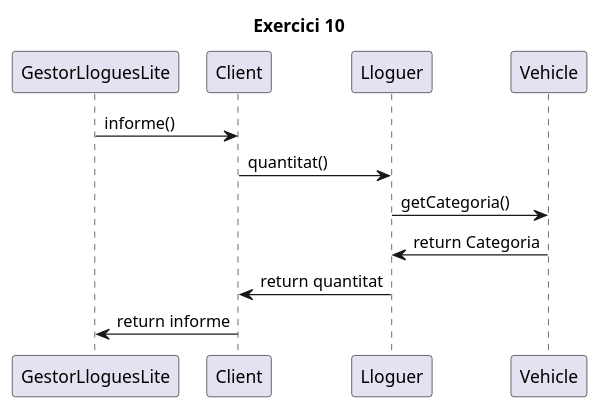
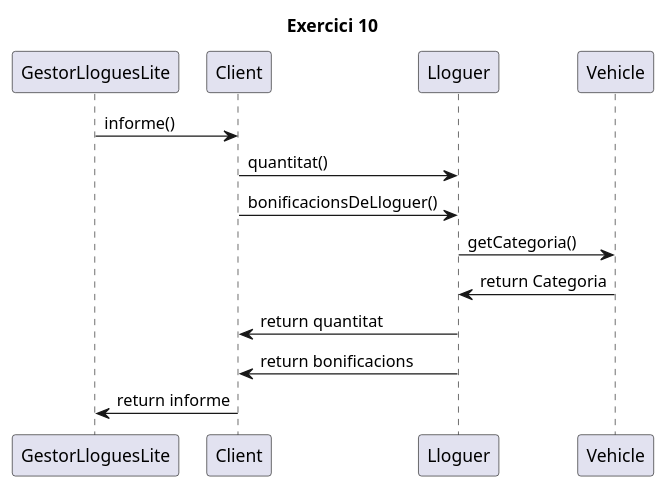
The diagram in Exercicis/Doc/Exercici10.puml (cf18alejandroquiroga/ExcercisiM5), drawn with PlantUML before and after one commit. The commit also changed 1 other file, not shown here.

```diff
--- a/Exercicis/Doc/Exercici10.puml
+++ b/Exercicis/Doc/Exercici10.puml
@@ -1,11 +1,13 @@
 @startuml
 
 title Exercici 10
 
 GestorLloguesLite -> Client: informe()
 Client -> Lloguer: quantitat()
+Client -> Lloguer: bonificacionsDeLloguer()
 Lloguer -> Vehicle: getCategoria()
 Lloguer <- Vehicle: return Categoria
 Client <- Lloguer: return quantitat
+Client <- Lloguer: return bonificacions
 GestorLloguesLite <- Client: return informe
 @enduml
```
